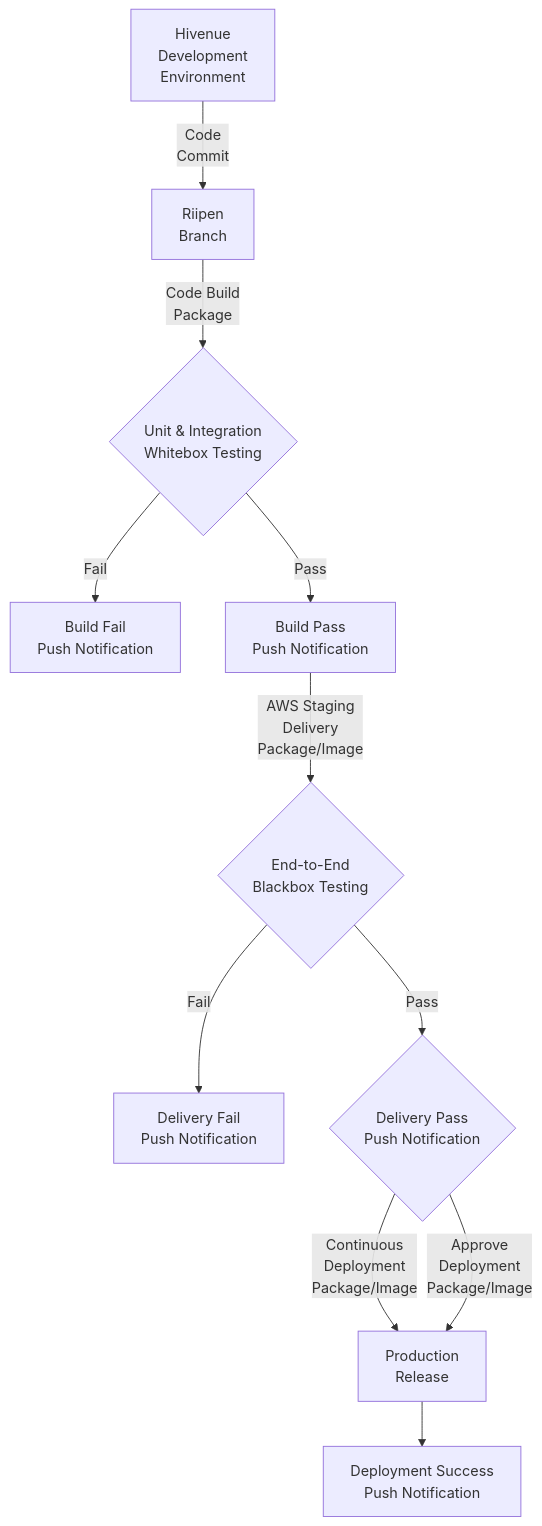
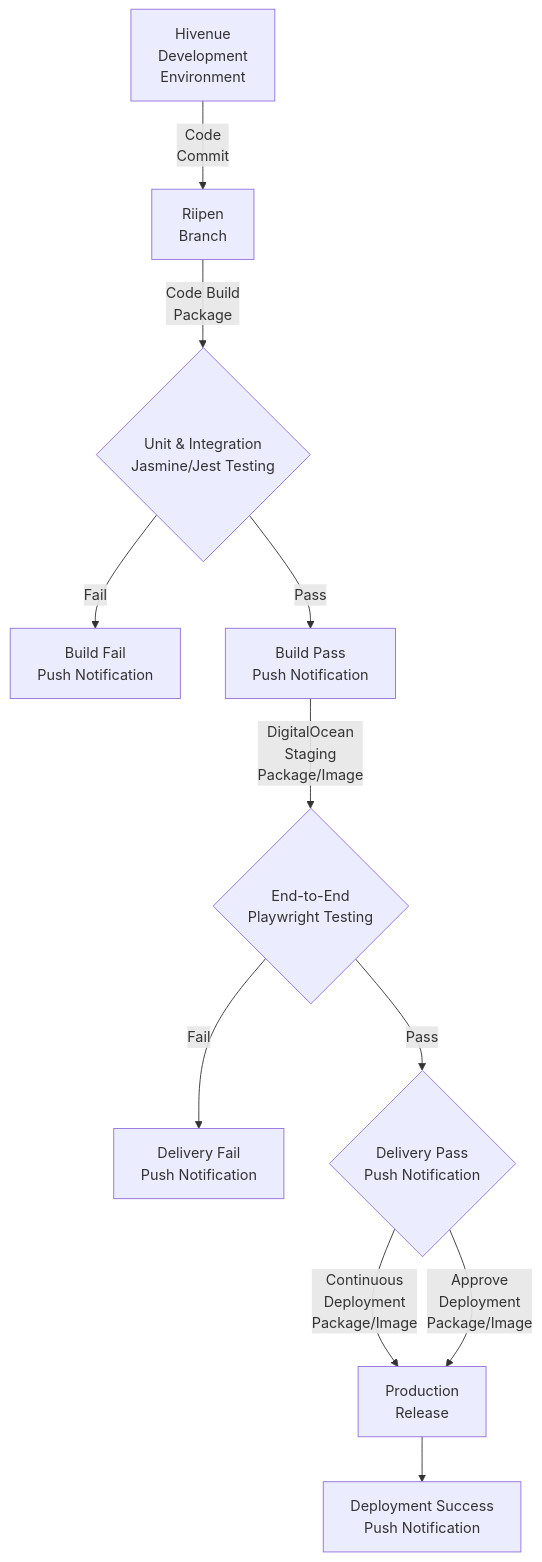
The diagram in BRD.md (HaroonKhanDotNet/hivenue-cicd), drawn with Mermaid before and after one commit. The commit also changed other lines of this file and 2 other files, not shown here.

````diff
--- a/BRD.md
+++ b/BRD.md
@@ -37,13 +32,13 @@
 ```mermaid
 flowchart TD;
 A[Hivenue <br> Development <br> Environment] --Code <br> Commit--> B[Riipen <br> Branch];
-B --Code Build <br> Package--> C{Unit & Integration <br> Whitebox Testing};
+B --Code Build <br> Package--> C{Unit & Integration <br> Jasmine/Jest Testing};
 C --Fail--> D[Build Fail <br> Push Notification];
 C --Pass--> E[Build Pass <br> Push Notification];
-E --AWS Staging <br> Delivery <br> Package/Image--> F{End-to-End <br> Blackbox Testing};
+E --DigitalOcean <br> Staging <br> Package/Image--> F{End-to-End <br> Playwright Testing};
 F --Fail--> G[Delivery Fail <br> Push Notification];
 F --Pass--> H{Delivery Pass <br> Push Notification};
 H --Continuous <br> Deployment <br> Package/Image--> I[Production <br> Release];
 H --Approve <br> Deployment <br> Package/Image--> I;
 I --> J[Deployment Success <br> Push Notification]
 ```
````
